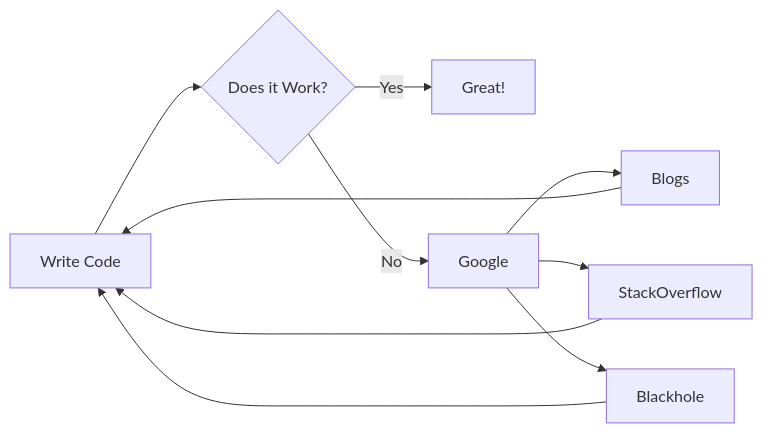
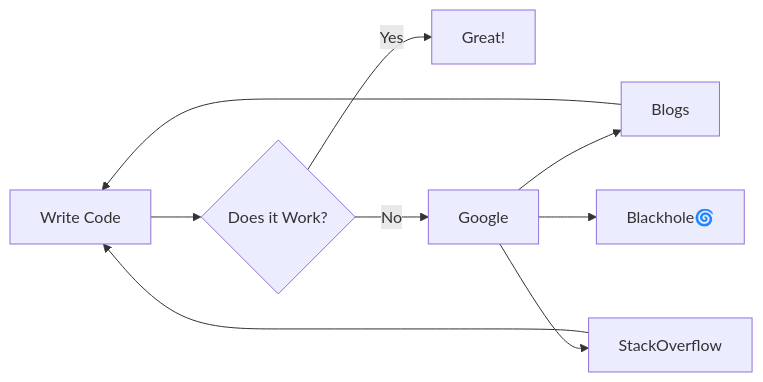
Before and after one commit to Jtzuya/jtzuya: the diagram in README.md, drawn with Mermaid.

````diff
--- a/README.md
+++ b/README.md
@@ -3,12 +3,11 @@
 ```mermaid
   graph LR
     A[Write Code] --> B{Does it Work?}
     B -- Yes --> C[Great!]
     B -- No --> D[Google]
     D --> E[Blogs]
     D --> F[StackOverflow]
-    D --> G[Blackhole]
+    D --> G[Blackhole🌀]
     E --> A
     F --> A
-    G --> A
 ```
````
